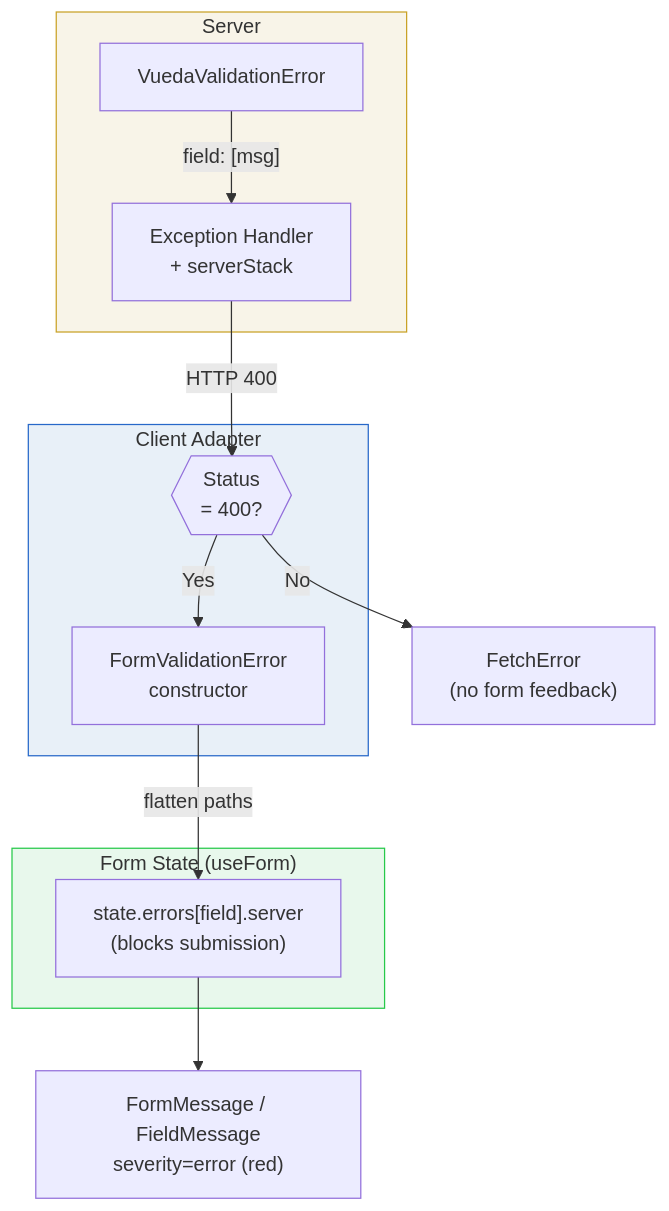
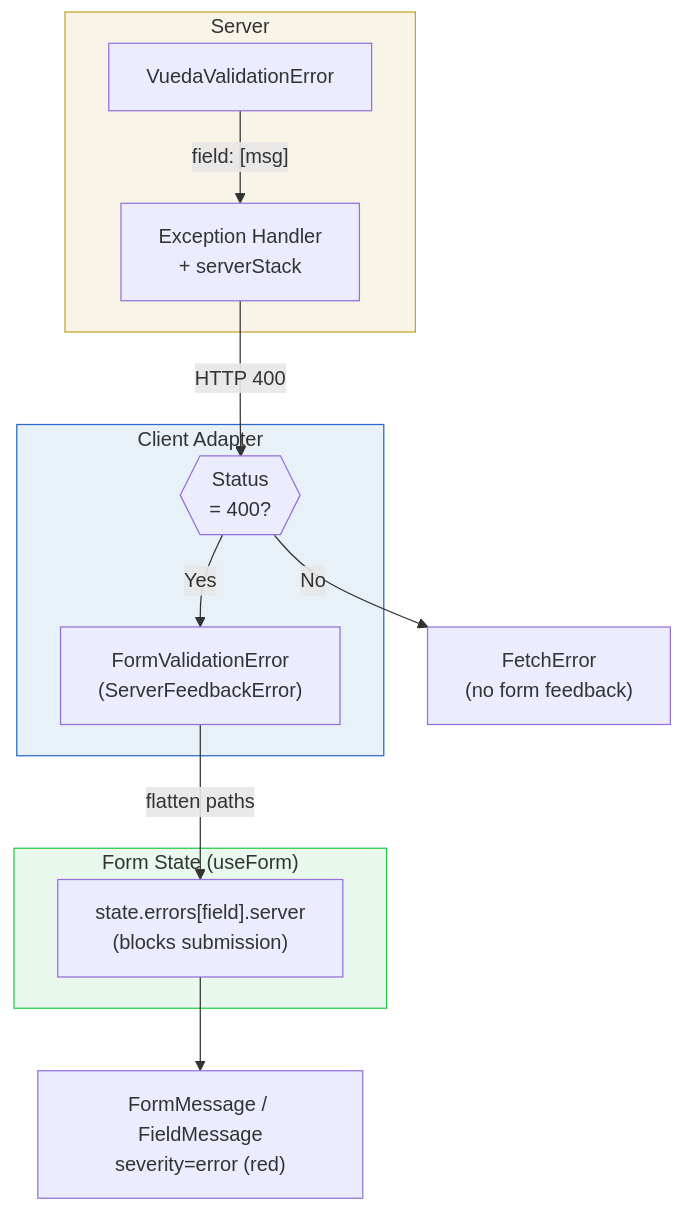
The diagram in docs/core-concepts/error-and-validation-contract.md (arrai-innovations/vueda), drawn with Mermaid before and after one commit. The commit also changed other lines of this file and 15 other files, not shown here.

Commit message:
feat(errors): add server feedback error base

````diff
--- a/docs/core-concepts/error-and-validation-contract.md
+++ b/docs/core-concepts/error-and-validation-contract.md
@@ -14,30 +14,30 @@
 ```mermaid
 flowchart TD
     subgraph Server
         VVE["VuedaValidationError"]
         EH["Exception Handler<br/>+ serverStack"]
     end
 
     VVE -- "field: [msg]" --> EH
     EH -- "HTTP 400" --> GATE
 
     subgraph Client["Client Adapter"]
         GATE{{"Status<br/>= 400?"}}
-        FVE["FormValidationError<br/>constructor"]
+        FVE["FormValidationError<br/>(ServerFeedbackError)"]
     end
 
     GATE -- "Yes" --> FVE
     GATE -- "No" --> FE["FetchError<br/>(no form feedback)"]
 
     FVE -- "flatten paths" --> ERR
 
     subgraph FormState["Form State (useForm)"]
         ERR["state.errors[field].server<br/>(blocks submission)"]
     end
 
     ERR --> RENDER_E["FormMessage / FieldMessage<br/>severity=error (red)"]
 
     style Server fill:#f8f4e8,stroke:#c9a227
     style Client fill:#e8f0f8,stroke:#2768c9
     style FormState fill:#e8f8ec,stroke:#27c94a
 ```
````
